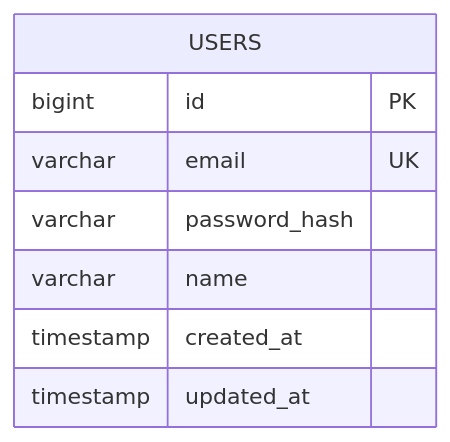
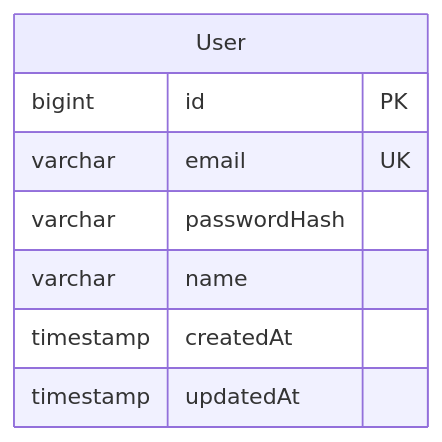
Before and after one commit to upleat-ax/u-maker-plugin: the first of 6 diagrams in skills/u-design/references/erd-spec.md, drawn with Mermaid. The commit also changed other lines of this file and 2 other files, not shown here.

First line of the commit message:
feat: switch ERD naming convention to camelCase standard

````diff
--- a/skills/u-design/references/erd-spec.md
+++ b/skills/u-design/references/erd-spec.md
@@ -59,11 +59,11 @@
 ```mermaid
 erDiagram
-    USERS {
+    User {
         bigint id PK
         varchar email UK
-        varchar password_hash
+        varchar passwordHash
         varchar name
-        timestamp created_at
-        timestamp updated_at
+        timestamp createdAt
+        timestamp updatedAt
     }
 ```
````
